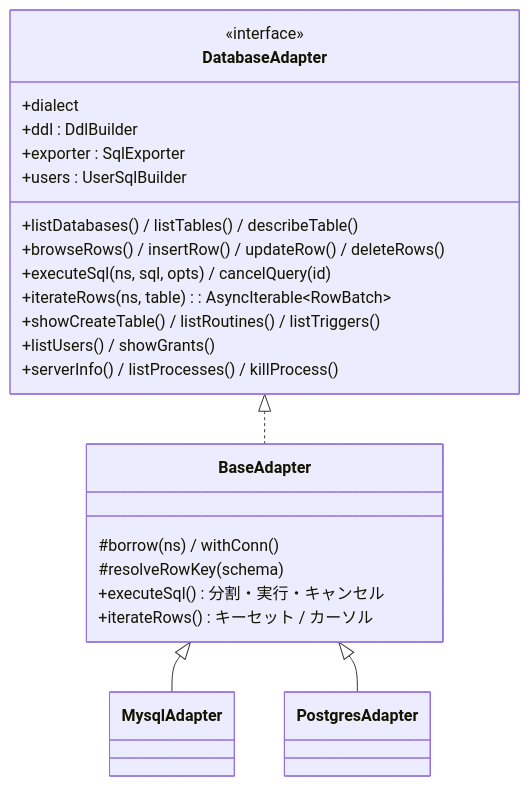
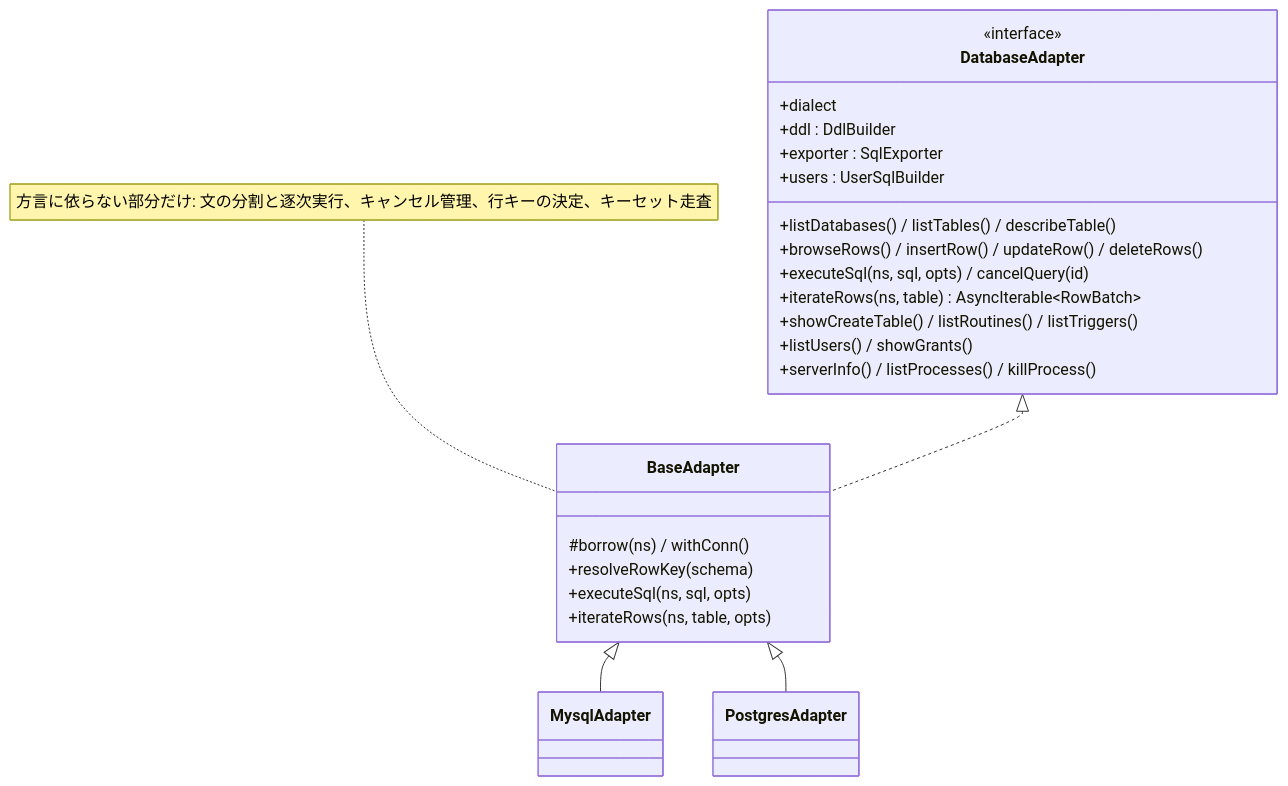
Before and after one commit to ip-san/tsmyadmin: the third of 11 diagrams in docs/architecture.md, drawn with Mermaid. The commit also changed other lines of this file and 9 other files, not shown here.

````diff
--- a/docs/architecture.md
+++ b/docs/architecture.md
@@ -66,28 +70,29 @@
 ```mermaid
 classDiagram
   class DatabaseAdapter {
     <<interface>>
     +dialect
     +listDatabases() / listTables() / describeTable()
     +browseRows() / insertRow() / updateRow() / deleteRows()
     +executeSql(ns, sql, opts) / cancelQuery(id)
-    +iterateRows(ns, table) : AsyncIterable~RowBatch~
+    +iterateRows(ns, table) AsyncIterable~RowBatch~
     +showCreateTable() / listRoutines() / listTriggers()
     +listUsers() / showGrants()
     +serverInfo() / listProcesses() / killProcess()
     +ddl : DdlBuilder
     +exporter : SqlExporter
     +users : UserSqlBuilder
   }
   class BaseAdapter {
     #borrow(ns) / withConn()
-    #resolveRowKey(schema)
-    +executeSql() 分割・実行・キャンセル
-    +iterateRows() キーセット / カーソル
+    +resolveRowKey(schema)
+    +executeSql(ns, sql, opts)
+    +iterateRows(ns, table, opts)
   }
+  note for BaseAdapter "方言に依らない部分だけ: 文の分割と逐次実行、キャンセル管理、行キーの決定、キーセット走査"
   class MysqlAdapter
   class PostgresAdapter
   DatabaseAdapter <|.. BaseAdapter
   BaseAdapter <|-- MysqlAdapter
   BaseAdapter <|-- PostgresAdapter
 ```
````
